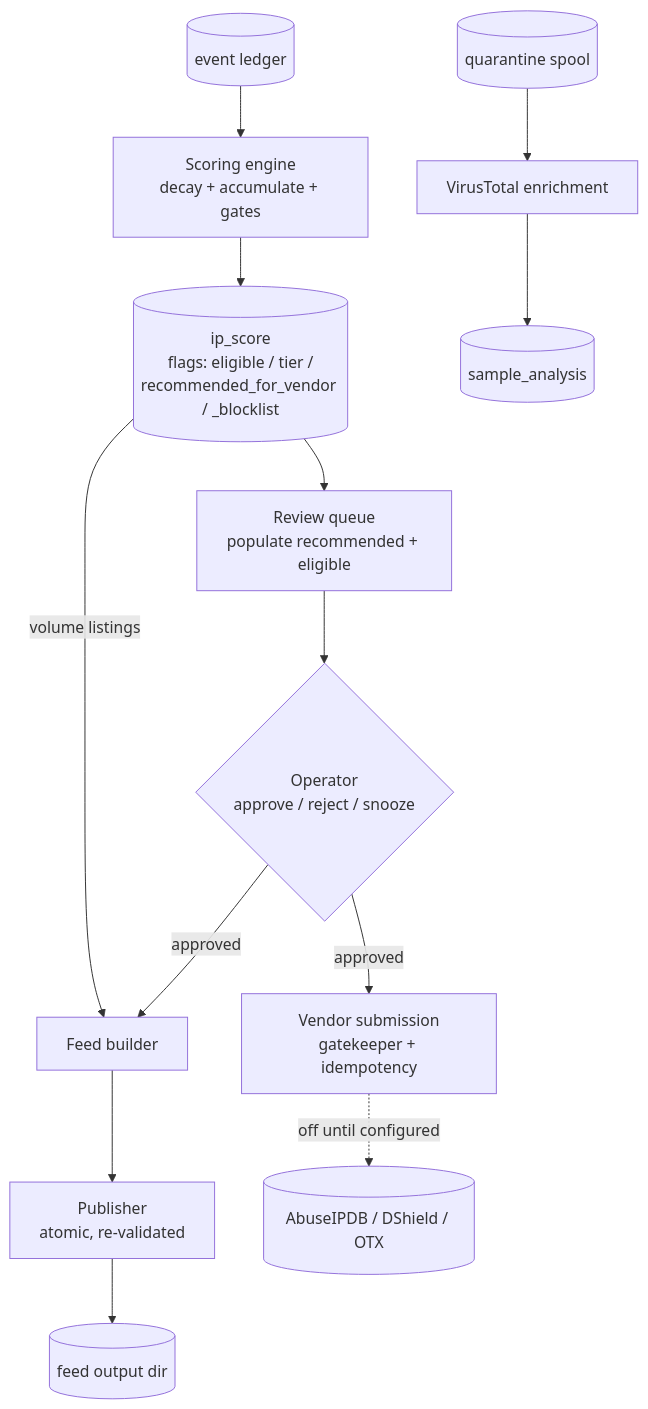
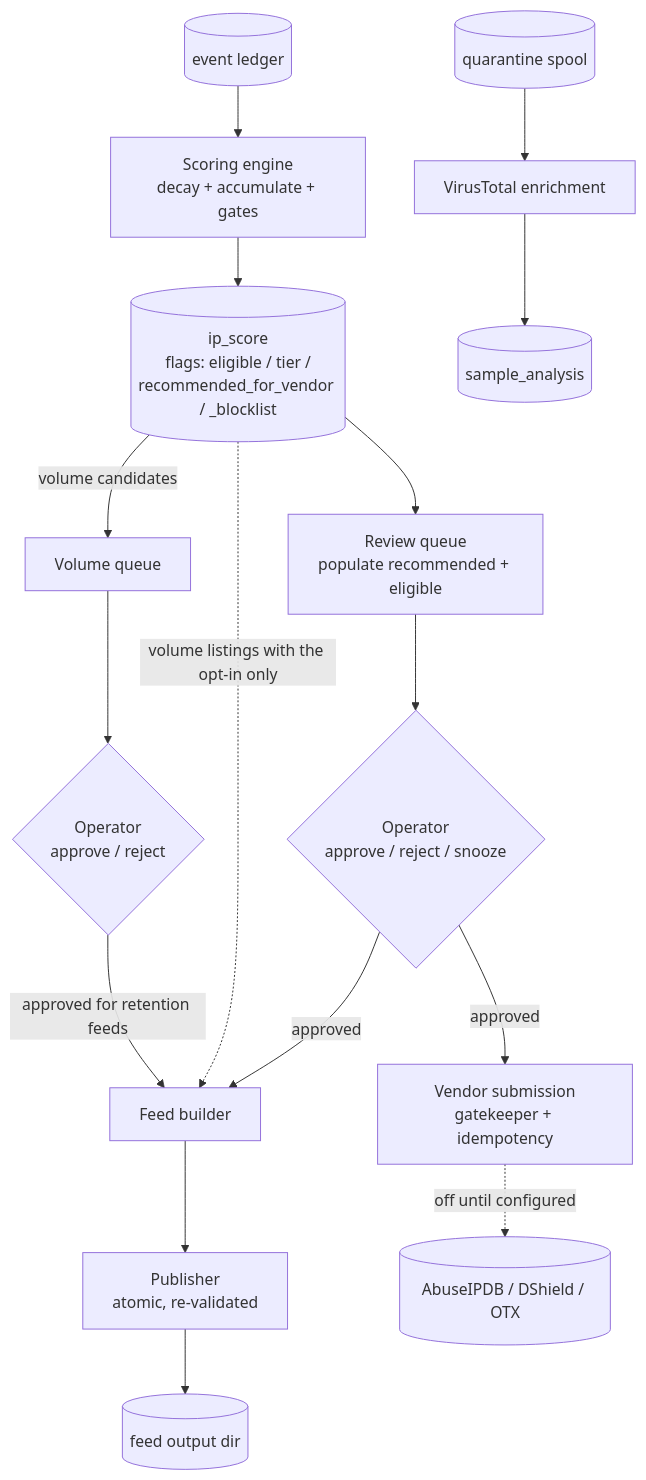
One commit to brandontroidl/Propolis changed the diagram in docs/architecture/pipeline.md. Above: the diagram before and after it, drawn with Mermaid. The commit also changed other lines of this file and 63 other files, not shown here.

````diff
--- a/docs/architecture/pipeline.md
+++ b/docs/architecture/pipeline.md
@@ -22,15 +26,18 @@
 ```mermaid
 flowchart TD
   E[(event ledger)] --> S[Scoring engine<br/>decay + accumulate + gates]
   S --> P[(ip_score<br/>flags: eligible / tier /<br/>recommended_for_vendor / _blocklist)]
   P --> RQ[Review queue<br/>populate recommended + eligible]
   RQ --> OP{Operator<br/>approve / reject / snooze}
-  P -->|volume listings| FB[Feed builder]
+  P -->|volume candidates| VQ[Volume queue]
+  VQ --> VO{Operator<br/>approve / reject}
+  VO -->|approved for retention feeds| FB[Feed builder]
+  P -.volume listings with the opt-in only.-> FB
   OP -->|approved| FB
   FB --> FP[Publisher<br/>atomic, re-validated]
   FP --> FO[(feed output dir)]
   OP -->|approved| VS[Vendor submission<br/>gatekeeper + idempotency]
   VS -.off until configured.-> V[(AbuseIPDB / DShield / OTX)]
   SP[(quarantine spool)] --> VT[VirusTotal enrichment]
   VT --> SA[(sample_analysis)]
 ```
````
